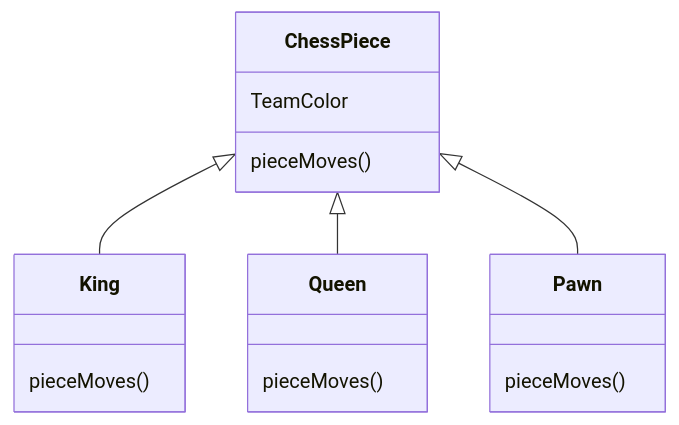
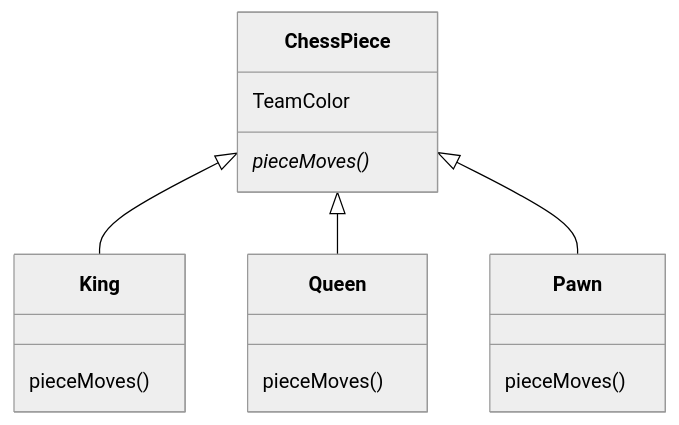
One commit to softwareconstruction240/softwareconstruction changed the second of 4 diagrams in instruction/interfaces-abstract-classes/interfaces-and-abstract-classes.md. Above: the diagram before and after it, drawn with Mermaid. The commit also changed other lines of this file and 153 other files, not shown here.

````diff
--- a/instruction/interfaces-abstract-classes/interfaces-and-abstract-classes.md
+++ b/instruction/interfaces-abstract-classes/interfaces-and-abstract-classes.md
@@ -271,24 +293,26 @@
 ```mermaid
+%%{init: { 'theme': 'neutral', 'themeVariables': { 'lineColor': '#000000', 'primaryTextColor': '#000000', 'actorBorder': '#000000', 'participantBorder': '#000000', 'noteBorderColor': '#000000' } }}%%
+
 classDiagram
 
     class ChessPiece {
         TeamColor
-        pieceMoves()
+        pieceMoves()*
     }
 
     ChessPiece <|-- King
     ChessPiece <|-- Queen
     ChessPiece <|-- Pawn
 
     class King {
         pieceMoves()
     }
     class Queen {
         pieceMoves()
     }
 
     class Pawn {
         pieceMoves()
     }
 
 ```
````
